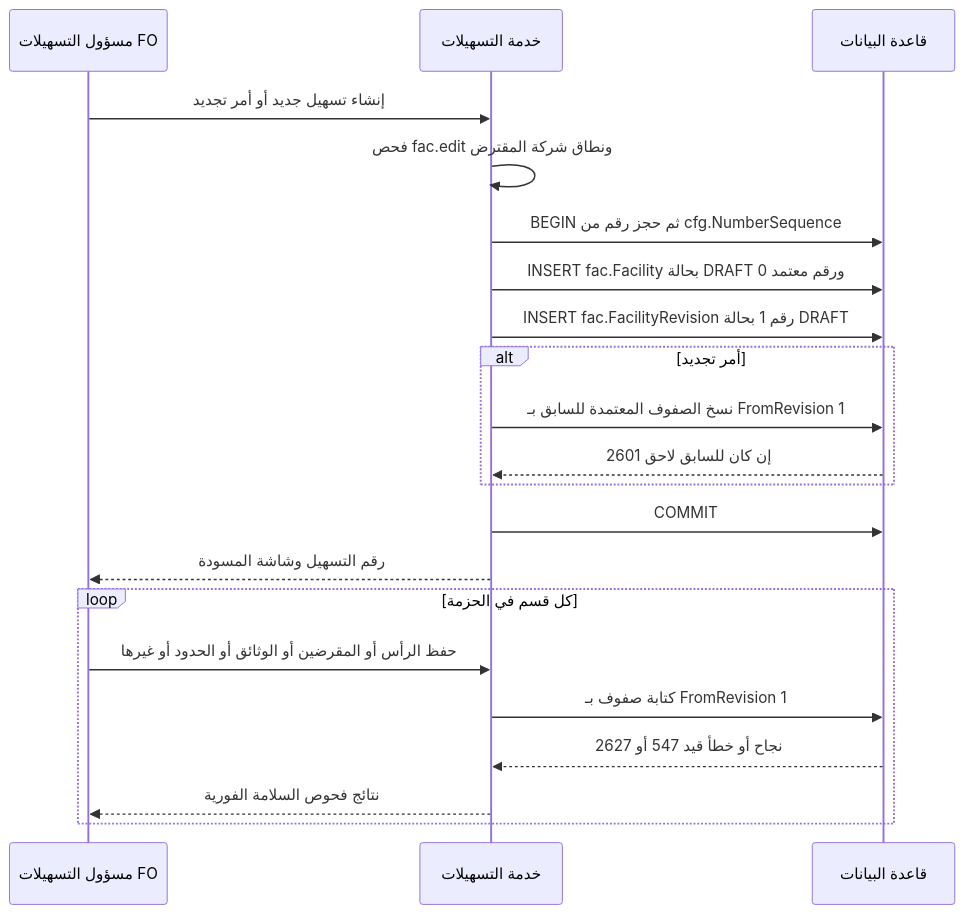
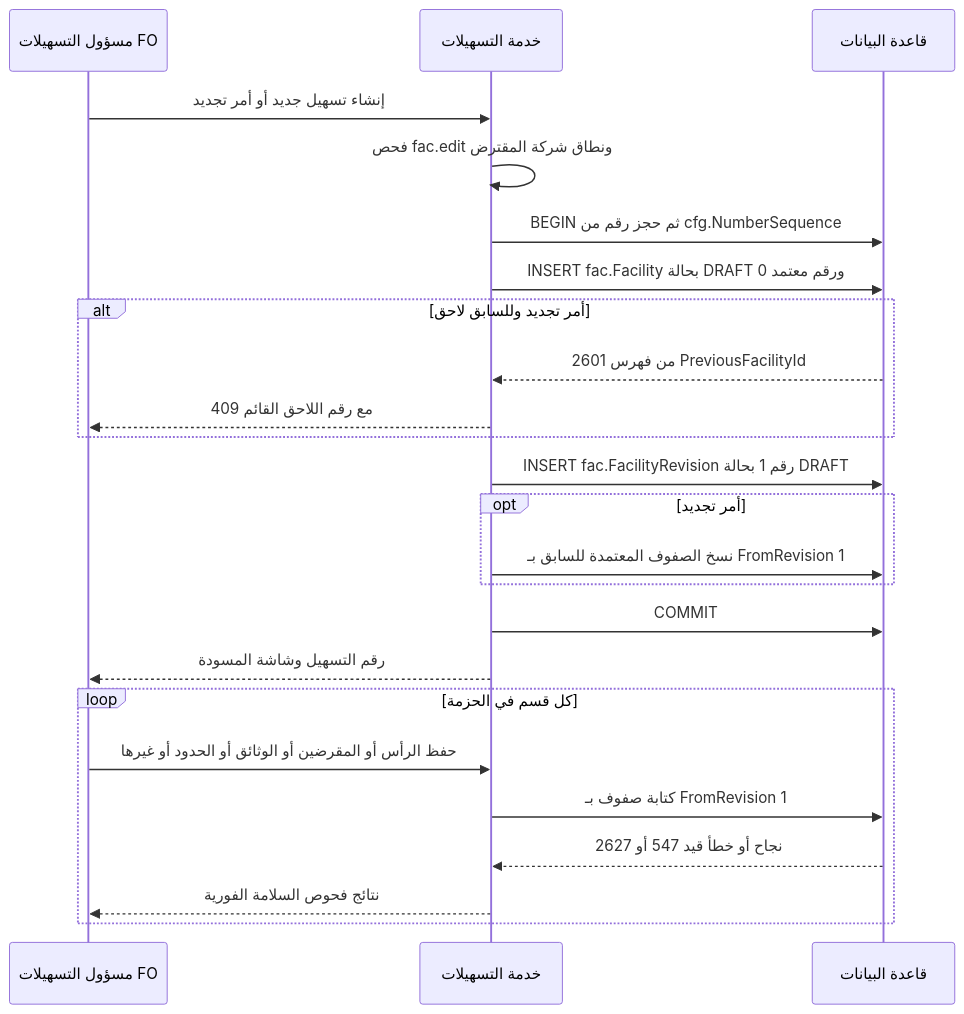
The first of 7 diagrams in treasury-platform/docs/30-readiness/DOC-F13-facility-entry-review-projection-sequence.md (thawrasy/smartlines), drawn with Mermaid before and after one commit. The commit also changed 13 other files, not shown here.

````diff
--- a/treasury-platform/docs/30-readiness/DOC-F13-facility-entry-review-projection-sequence.md
+++ b/treasury-platform/docs/30-readiness/DOC-F13-facility-entry-review-projection-sequence.md
@@ -65,23 +65,26 @@
 ```mermaid
 sequenceDiagram
   participant FO as مسؤول التسهيلات FO
   participant A as خدمة التسهيلات
   participant D as قاعدة البيانات
   FO->>A: إنشاء تسهيل جديد أو أمر تجديد
   A->>A: فحص fac.edit ونطاق شركة المقترض
   A->>D: BEGIN ثم حجز رقم من cfg.NumberSequence
   A->>D: INSERT fac.Facility بحالة DRAFT ورقم معتمد 0
+  alt أمر تجديد وللسابق لاحق
+    D-->>A: 2601 من فهرس PreviousFacilityId
+    A-->>FO: 409 مع رقم اللاحق القائم
+  end
   A->>D: INSERT fac.FacilityRevision رقم 1 بحالة DRAFT
-  alt أمر تجديد
+  opt أمر تجديد
     A->>D: نسخ الصفوف المعتمدة للسابق بـ FromRevision 1
-    D-->>A: 2601 إن كان للسابق لاحق
   end
   A->>D: COMMIT
   A-->>FO: رقم التسهيل وشاشة المسودة
   loop كل قسم في الحزمة
     FO->>A: حفظ الرأس أو المقرضين أو الوثائق أو الحدود أو غيرها
     A->>D: كتابة صفوف بـ FromRevision 1
     D-->>A: نجاح أو خطأ قيد 547 أو 2627
     A-->>FO: نتائج فحوص السلامة الفورية
   end
 ```
````
